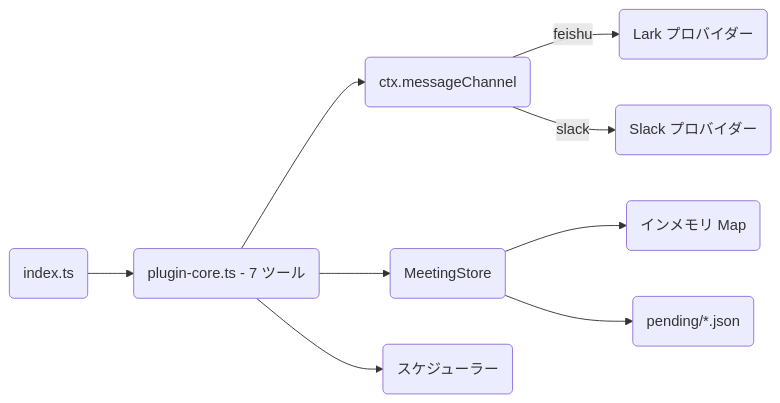
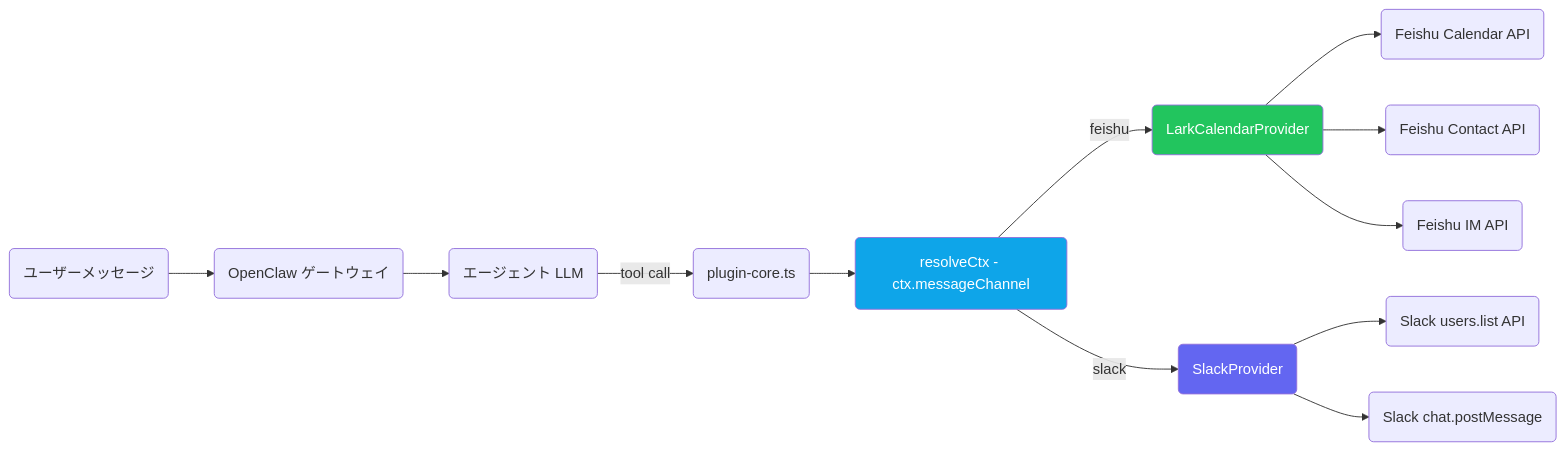
One commit to javana3/claw_meeting_all changed the second of 13 diagrams in README.ja.md. Above: the diagram before and after it, drawn with Mermaid. The commit also changed other lines of this file and 4 other files, not shown here.

First line of the commit message:
docs: rewrite all 5 READMEs with detailed Plugin/Skill flow + diff

````diff
--- a/README.ja.md
+++ b/README.ja.md
@@ -90,11 +66,18 @@
 ```mermaid
 graph LR
-    IDX(index.ts) --> CORE(plugin-core.ts - 7 ツール)
-    CORE --> ROUTER(ctx.messageChannel)
-    ROUTER -->|feishu| LP(Lark プロバイダー)
-    ROUTER -->|slack| SP(Slack プロバイダー)
-    CORE --> STORE(MeetingStore)
-    STORE --> MEM(インメモリ Map)
-    STORE --> DISK(pending/*.json)
-    CORE --> SCH(スケジューラー)
+    MSG(ユーザーメッセージ) --> GW(OpenClaw ゲートウェイ)
+    GW --> AGENT(エージェント LLM)
+    AGENT -->|tool call| CORE(plugin-core.ts)
+    CORE --> CTX(resolveCtx - ctx.messageChannel)
+    CTX -->|feishu| LP(LarkCalendarProvider)
+    CTX -->|slack| SP(SlackProvider)
+    LP --> LAPI(Feishu Calendar API)
+    LP --> LDIR(Feishu Contact API)
+    LP --> LDM(Feishu IM API)
+    SP --> SDIR(Slack users.list API)
+    SP --> SDM(Slack chat.postMessage)
+
+    style CTX fill:#0ea5e9,color:#fff
+    style LP fill:#22c55e,color:#fff
+    style SP fill:#6366f1,color:#fff
 ```
````
